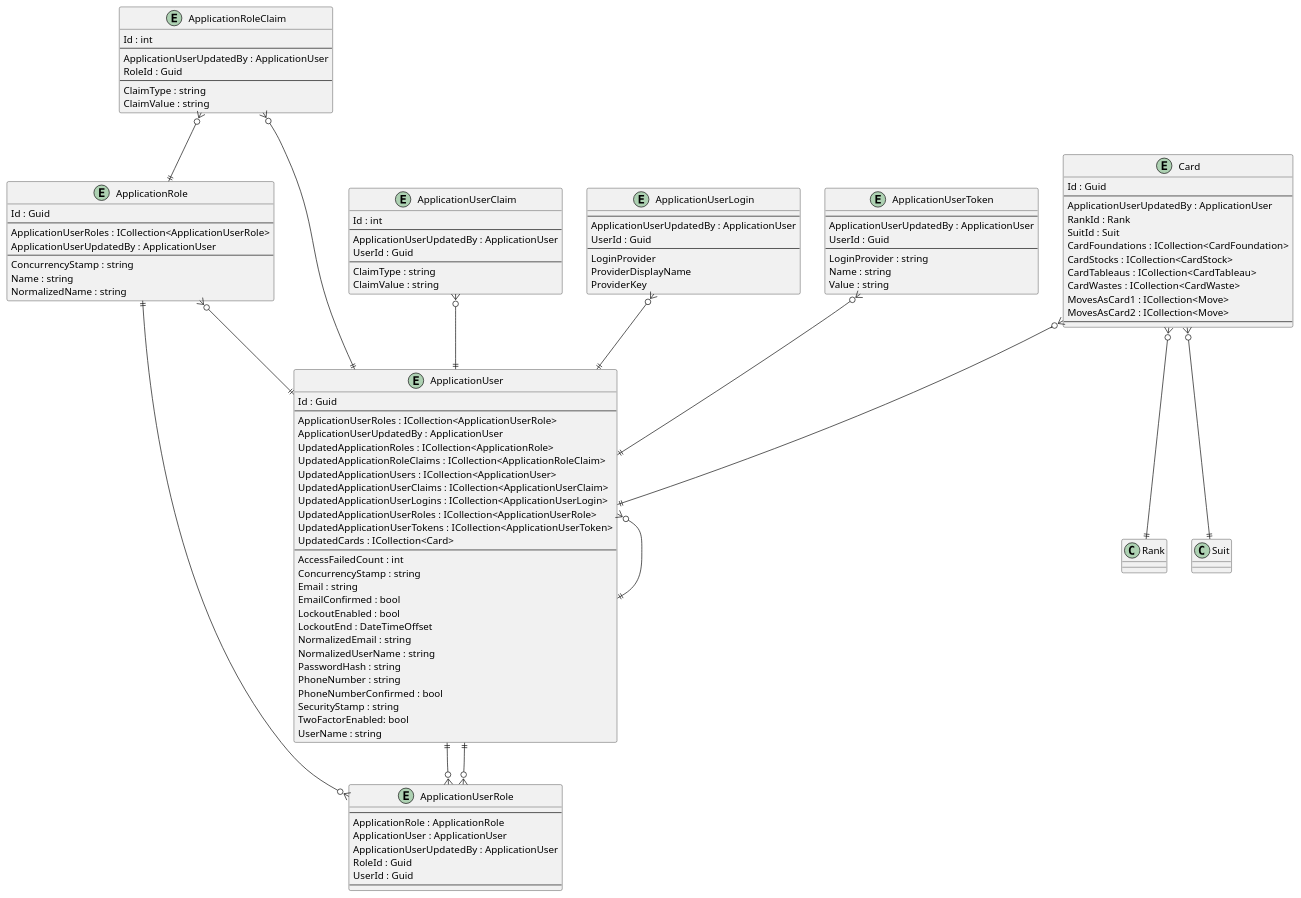
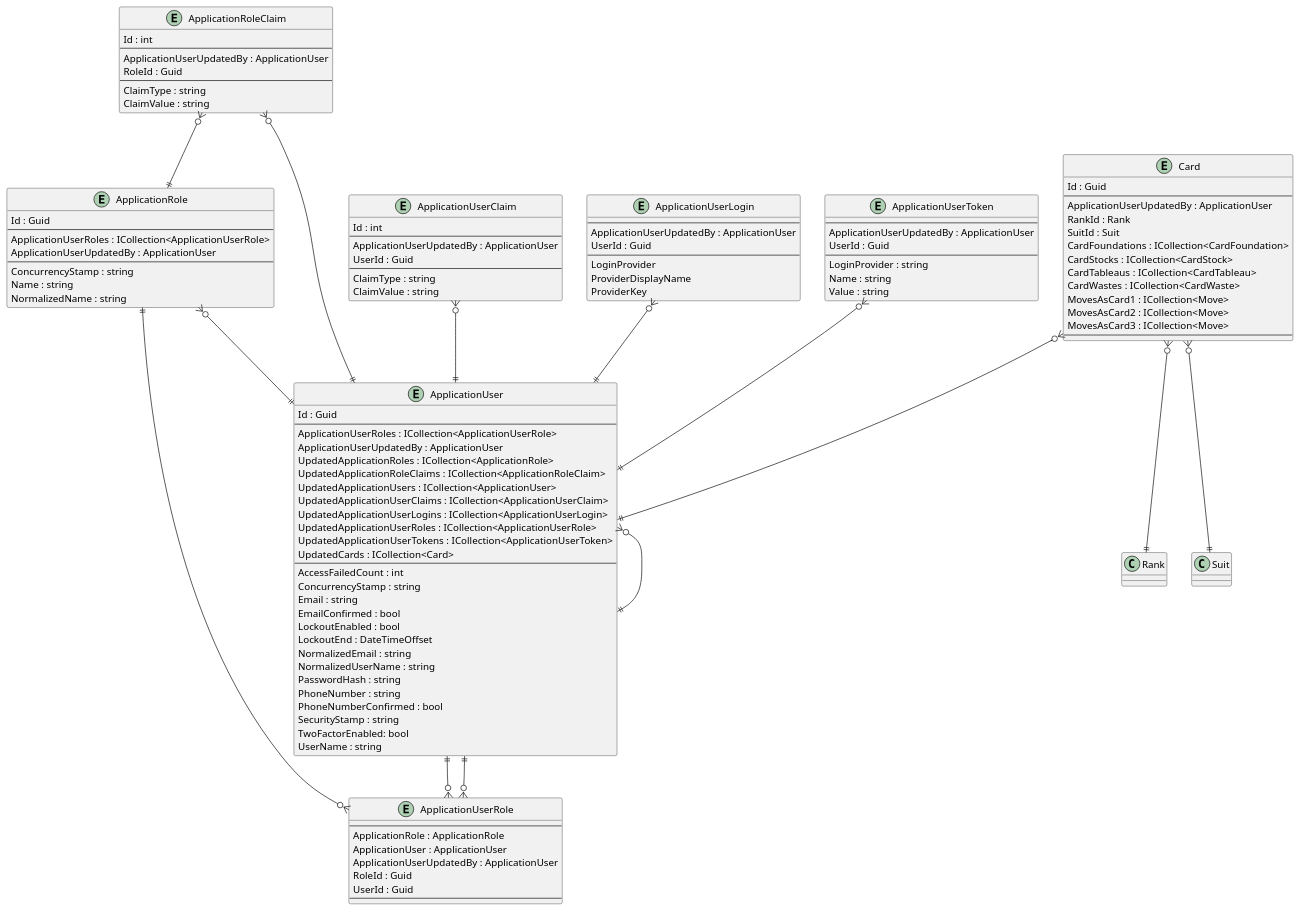
One commit to intrepion/intrepion_klondike-solitaire_csharp changed the diagram in .docs/Intrepion.KlondikeSolitaire.pu. Above: the diagram before and after it, drawn with PlantUML.

```diff
--- a/.docs/Intrepion.KlondikeSolitaire.pu
+++ b/.docs/Intrepion.KlondikeSolitaire.pu
@@ -1,130 +1,131 @@
 @startuml
 
 entity ApplicationRole {
     Id : Guid
     --
     ApplicationUserRoles : ICollection<ApplicationUserRole>
     ApplicationUserUpdatedBy : ApplicationUser
     --
     ConcurrencyStamp : string
     Name : string
     NormalizedName : string
 }
 
 entity ApplicationRoleClaim {
     Id : int
     --
     ApplicationUserUpdatedBy : ApplicationUser
     RoleId : Guid
     --
     ClaimType : string
     ClaimValue : string
 }
 
 entity ApplicationUser {
     Id : Guid
     --
     ApplicationUserRoles : ICollection<ApplicationUserRole>
     ApplicationUserUpdatedBy : ApplicationUser
     UpdatedApplicationRoles : ICollection<ApplicationRole>
     UpdatedApplicationRoleClaims : ICollection<ApplicationRoleClaim>
     UpdatedApplicationUsers : ICollection<ApplicationUser>
     UpdatedApplicationUserClaims : ICollection<ApplicationUserClaim>
     UpdatedApplicationUserLogins : ICollection<ApplicationUserLogin>
     UpdatedApplicationUserRoles : ICollection<ApplicationUserRole>
     UpdatedApplicationUserTokens : ICollection<ApplicationUserToken>
     UpdatedCards : ICollection<Card>
     ' ApplicationUserKeyCodePlaceholder
     --
     AccessFailedCount : int
     ConcurrencyStamp : string
     Email : string
     EmailConfirmed : bool
     LockoutEnabled : bool
     LockoutEnd : DateTimeOffset
     NormalizedEmail : string
     NormalizedUserName : string
     PasswordHash : string
     PhoneNumber : string
     PhoneNumberConfirmed : bool
     SecurityStamp : string
     TwoFactorEnabled: bool
     UserName : string
 }
 
 entity ApplicationUserClaim {
     Id : int
     --
     ApplicationUserUpdatedBy : ApplicationUser
     UserId : Guid
     --
     ClaimType : string
     ClaimValue : string
 }
 
 entity ApplicationUserLogin {
     --
     ApplicationUserUpdatedBy : ApplicationUser
     UserId : Guid
     --
     LoginProvider
     ProviderDisplayName
     ProviderKey
 }
 
 entity ApplicationUserRole {
     --
     ApplicationRole : ApplicationRole
     ApplicationUser : ApplicationUser
     ApplicationUserUpdatedBy : ApplicationUser
     RoleId : Guid
     UserId : Guid
     --
 }
 
 entity ApplicationUserToken {
     --
     ApplicationUserUpdatedBy : ApplicationUser
     UserId : Guid
     --
     LoginProvider : string
     Name : string
     Value : string
 }
 
 entity Card {
     Id : Guid
     --
     ApplicationUserUpdatedBy : ApplicationUser
     RankId : Rank
     SuitId : Suit
     CardFoundations : ICollection<CardFoundation>
     CardStocks : ICollection<CardStock>
     CardTableaus : ICollection<CardTableau>
     CardWastes : ICollection<CardWaste>
     MovesAsCard1 : ICollection<Move>
     MovesAsCard2 : ICollection<Move>
+    MovesAsCard3 : ICollection<Move>
     ' CardKeyCodePlaceholder
     --
     ' CardPropertyCodePlaceholder
 }
 
 ' EntityCodePlaceholder
 
 ApplicationRole ||--o{ ApplicationUserRole
 ApplicationRole }o--|| ApplicationUser
 ApplicationRoleClaim }o--|| ApplicationRole
 ApplicationRoleClaim }o--|| ApplicationUser
 ApplicationUser }o--|| ApplicationUser
 ApplicationUser ||--o{ ApplicationUserRole
 ApplicationUserClaim }o--|| ApplicationUser
 ApplicationUserLogin }o--|| ApplicationUser
 ApplicationUserRole }o--|| ApplicationUser
 ApplicationUserToken }o--|| ApplicationUser
 
 Card }o--|| ApplicationUser
 Card }o--|| Rank
 Card }o--|| Suit
 ' RelationshipCodePlaceholder
 
 @enduml
```
